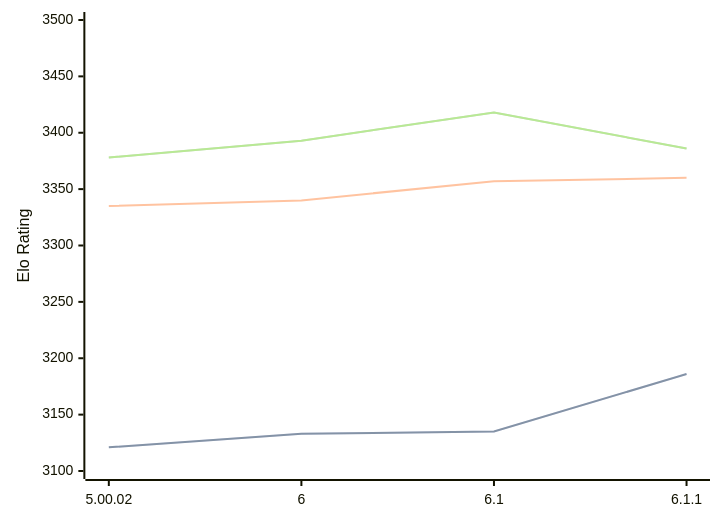
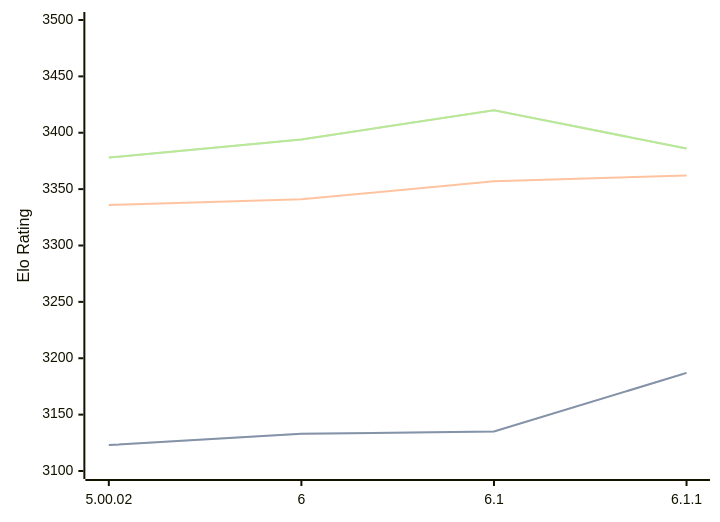
The first of 3 diagrams in engines/Zangdar.md (computer-chess-index/cci), drawn with Mermaid before and after one commit. The commit also changed other lines of this file, not shown here.

Commit message:
Update CCI Ratings (ELO VLTC) - 2026-06-30

````diff
--- a/engines/Zangdar.md
+++ b/engines/Zangdar.md
@@ -46,11 +46,11 @@
 ```mermaid
 %%{init: {"theme":"base","themeVariables":{"seriesColors:['#a3a3a3','#222221','#faa371']}}}%%
 xychart-beta
   x-axis ["5.00.02", "6", "6.1", "6.1.1"]
   y-axis "Elo Rating" 3100 --> 3500
-  line "STC (8.0+0.08s)" [3121, 3133, 3135, 3186]
-  line "STC (8.0+0.08s)" [3121, 3133, 3135, 3186]
-  line "LTC (60.0+0.60s)" [3335, 3340, 3357, 3360]
-  line "VLTC (2m24s+1.12s)" [3378, 3393, 3418, 3386]
-  line "VLTC (2m24s+1.12s)" [3378, 3393, 3418, 3386]
+  line "STC (8.0+0.08s)" [3123, 3133, 3135, 3187]
+  line "STC (8.0+0.08s)" [3123, 3133, 3135, 3187]
+  line "LTC (60.0+0.60s)" [3336, 3341, 3357, 3362]
+  line "VLTC (2m24s+1.12s)" [3378, 3394, 3420, 3386]
+  line "VLTC (2m24s+1.12s)" [3378, 3394, 3420, 3386]
 ```
````
